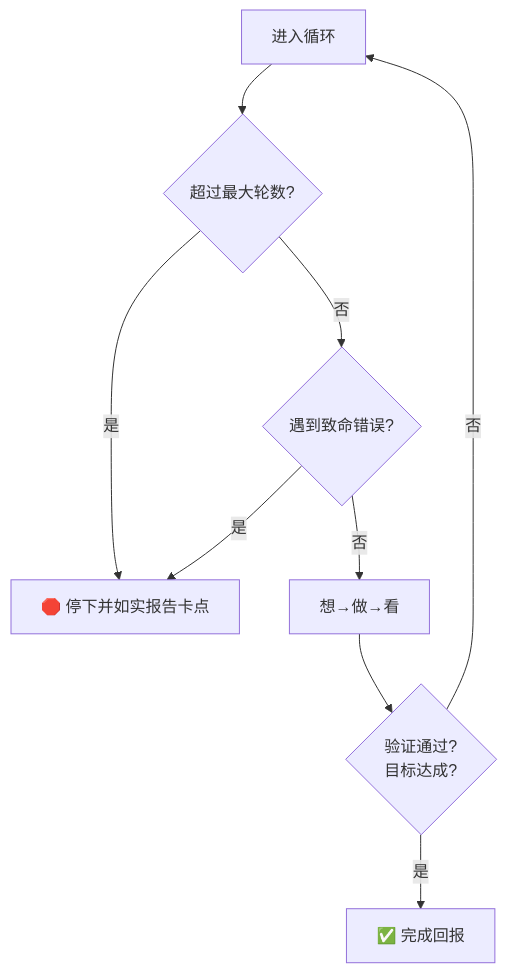
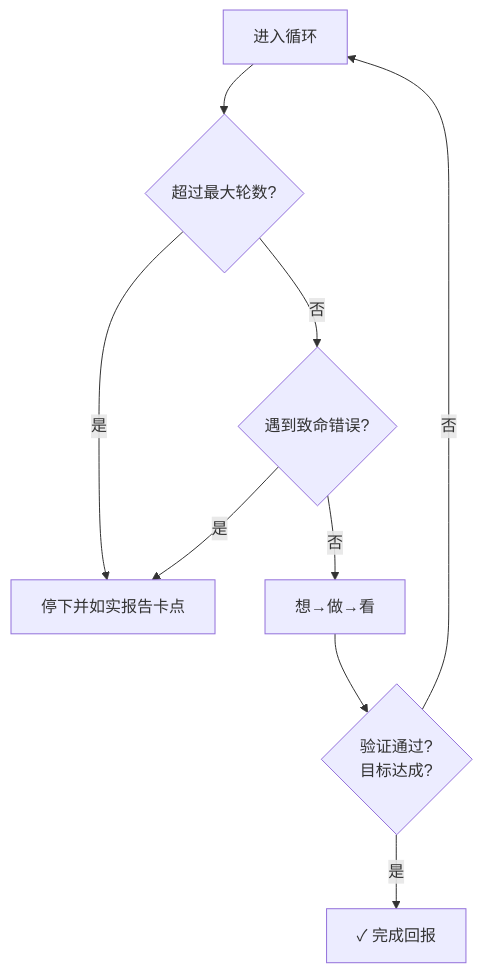
The third of 5 diagrams in docs/02_CONCEPTS_概念入门/CONCEPT/[CONCEPT-03] 什么是ToolLoop-工具循环.md (luckykhy/KhyAiHub), drawn with Mermaid before and after one commit. The commit also changed other lines of this file and 19 other files, not shown here.

````diff
--- a/docs/02_CONCEPTS_概念入门/CONCEPT/[CONCEPT-03] 什么是ToolLoop-工具循环.md
+++ b/docs/02_CONCEPTS_概念入门/CONCEPT/[CONCEPT-03] 什么是ToolLoop-工具循环.md
@@ -151,11 +151,11 @@
 ```mermaid
 flowchart TB
   L[进入循环] --> W{超过最大轮数?}
-  W -- 是 --> STOP[🛑 停下并如实报告卡点]
+  W -- 是 --> STOP[停下并如实报告卡点]
   W -- 否 --> ERR{遇到致命错误?}
   ERR -- 是 --> STOP
   ERR -- 否 --> DO[想→做→看]
   DO --> OK{验证通过?<br/>目标达成?}
-  OK -- 是 --> FIN[✅ 完成回报]
+  OK -- 是 --> FIN[✓ 完成回报]
   OK -- 否 --> L
 ```
````
